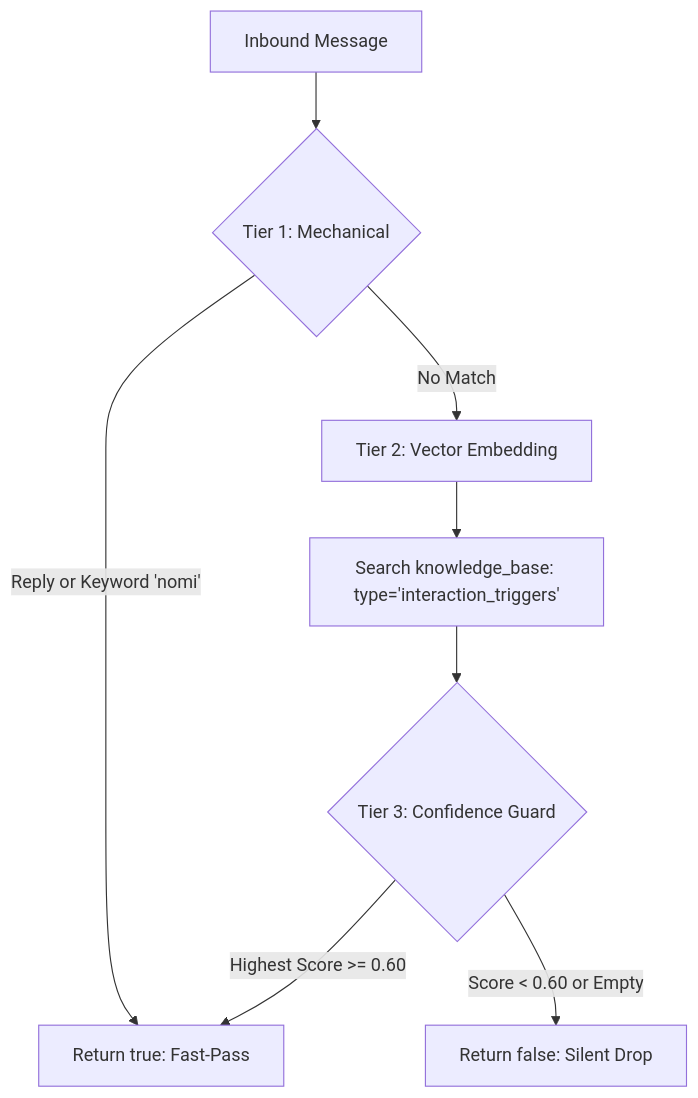
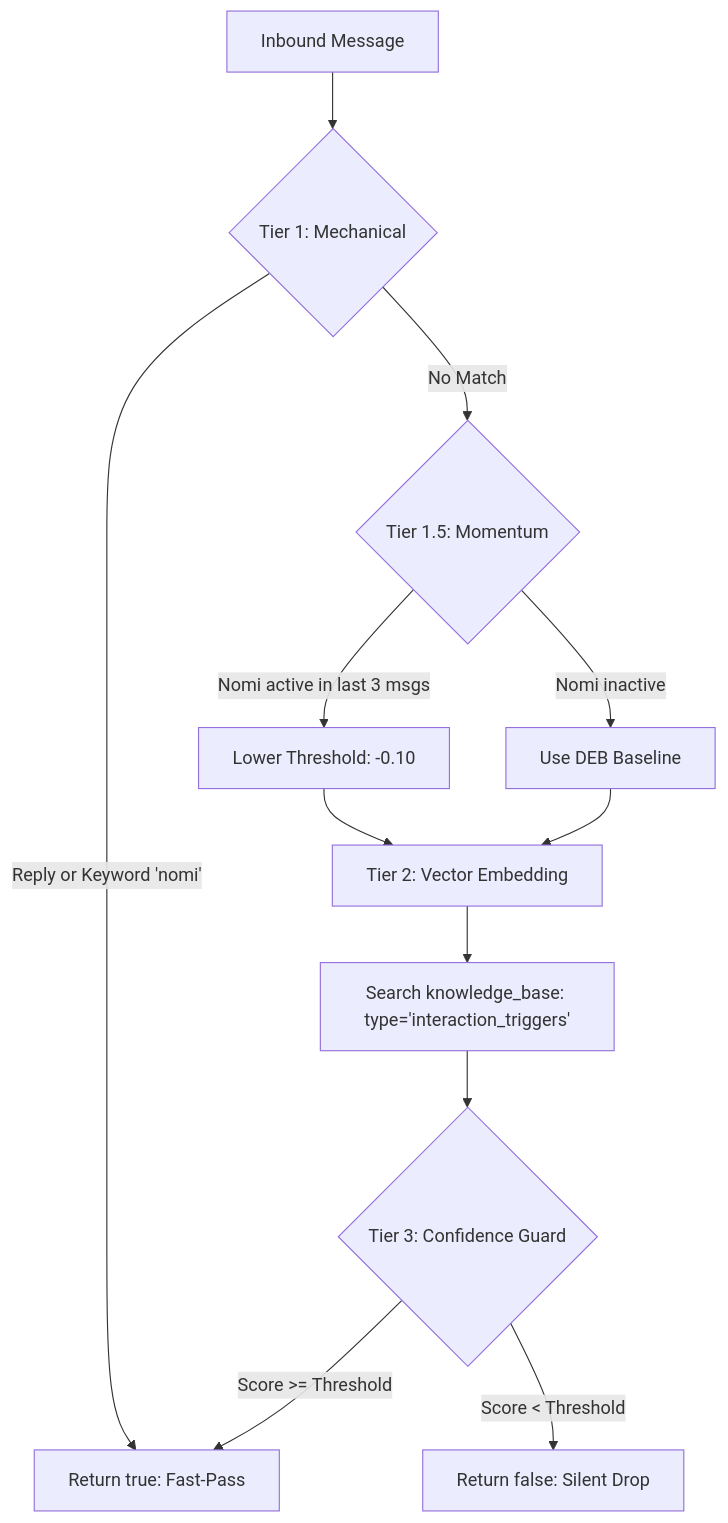
Before and after one commit to triandamai/nomi: the second of 5 diagrams in README.md, drawn with Mermaid. The commit also changed other lines of this file and 168 other files, not shown here.

````diff
--- a/README.md
+++ b/README.md
@@ -83,10 +94,14 @@
 ```mermaid
 graph TD
     Start[Inbound Message] --> Tier1{Tier 1: Mechanical}
     Tier1 -->|Reply or Keyword 'nomi'| Yes[Return true: Fast-Pass]
-    Tier1 -->|No Match| Tier2[Tier 2: Vector Embedding]
+    Tier1 -->|No Match| Tier15{Tier 1.5: Momentum}
+    Tier15 -->|Nomi active in last 3 msgs| Boost[Lower Threshold: -0.10]
+    Tier15 -->|Nomi inactive| Std[Use DEB Baseline]
+    Boost --> Tier2[Tier 2: Vector Embedding]
+    Std --> Tier2
     Tier2 --> Search[Search knowledge_base: type='interaction_triggers']
     Search --> Tier3{Tier 3: Confidence Guard}
-    Tier3 -->|Highest Score >= 0.60| Yes
-    Tier3 -->|Score < 0.60 or Empty| No[Return false: Silent Drop]
+    Tier3 -->|Score >= Threshold| Yes
+    Tier3 -->|Score < Threshold| No[Return false: Silent Drop]
 ```
````
